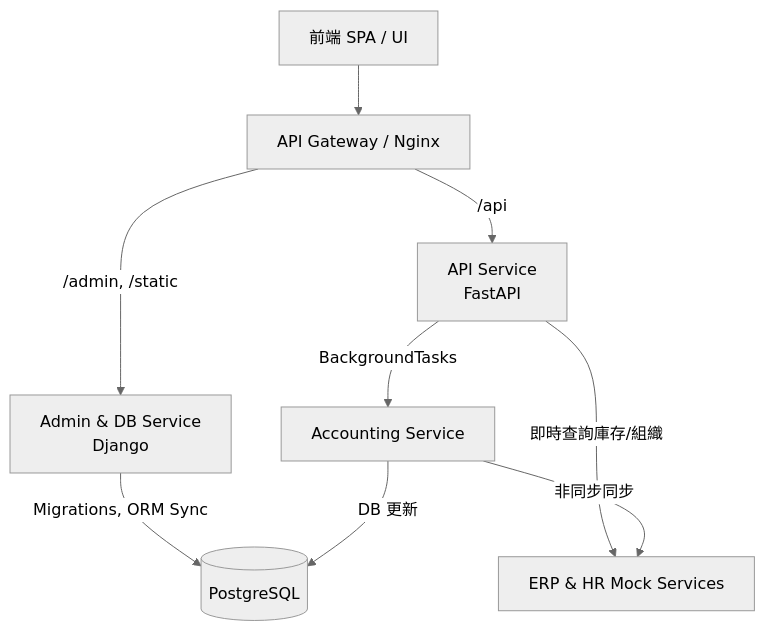
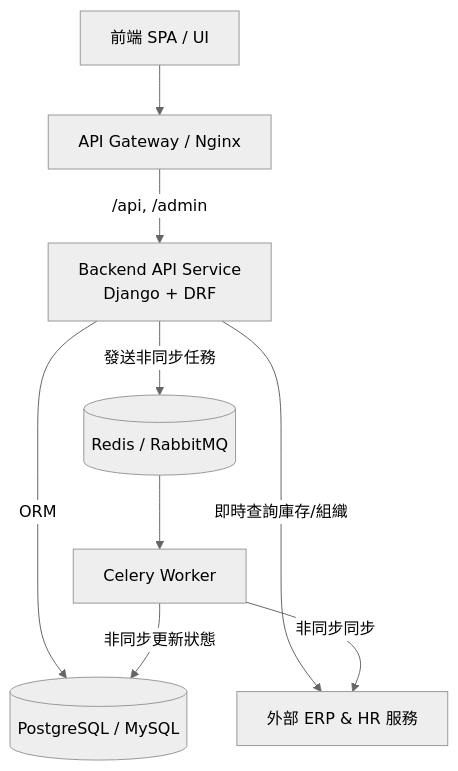
One commit to Kailunlin/SignOffSystem changed the first of 2 diagrams in docs/SD.md. Above: the diagram before and after it, drawn with Mermaid (neutral theme). The commit also changed other lines of this file and 2 other files, not shown here.

````diff
--- a/docs/SD.md
+++ b/docs/SD.md
@@ -11,12 +11,13 @@
 ```mermaid
 graph TB
     Client[前端 SPA / UI] --> Gateway[API Gateway / Nginx]
-    Gateway --> |/admin, /static| Django[Admin & DB Service <br>Django]
-    Gateway --> |/api| FastAPI[API Service <br>FastAPI]
+    Gateway --> |/api, /admin| Django[Backend API Service <br>Django + DRF]
     
-    Django --> |Migrations, ORM Sync| DB[(PostgreSQL)]
-    FastAPI --> |即時查詢庫存/組織| ERP[ERP & HR Mock Services]
-    FastAPI --> |BackgroundTasks| ACC[Accounting Service]
-    ACC --> |非同步同步| ERP
-    ACC --> |DB 更新| DB
+    Django --> |ORM| DB[(PostgreSQL / MySQL)]
+    Django --> |即時查詢庫存/組織| ERP[外部 ERP & HR 服務]
+    Django --> |發送非同步任務| Broker[(Redis / RabbitMQ)]
+    
+    Broker --> Celery[Celery Worker]
+    Celery --> |非同步同步| ERP
+    Celery --> |非同步更新狀態| DB
 ```
````
